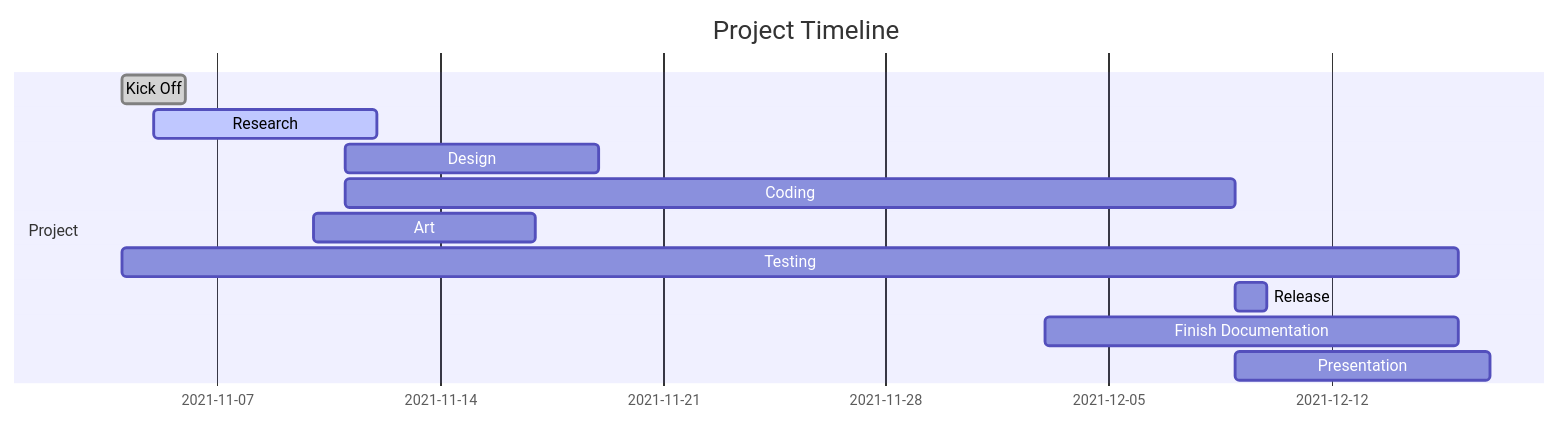
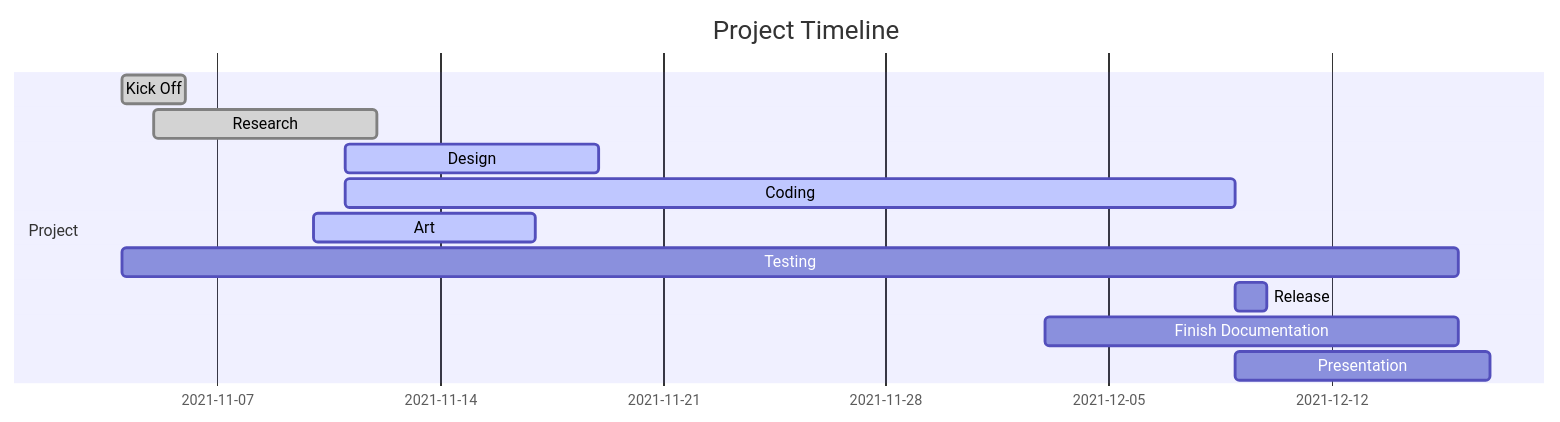
The first of 8 diagrams in docs/ProjectPlan.md (IlkkaTakala/Eril-Engine), drawn with Mermaid before and after one commit. The commit also changed other lines of this file, not shown here.

Commit message:
Updated timelines

````diff
--- a/docs/ProjectPlan.md
+++ b/docs/ProjectPlan.md
@@ -47,16 +47,16 @@
 ```mermaid
 gantt
 dateFormat  DD-MM
 title Project Timeline
 
 section Project
 Kick Off                :done,    des1, 04-11, 2d
-Research                :active,  des2, 05-11, 12-11
-Design                  :         des3, 11-11, 19-11
-Coding                  :         des4, 11-11, 09-12
-Art                     :         des4, 10-11, 17-11
+Research                :done,    des2, 05-11, 12-11
+Design                  :active,  des3, 11-11, 19-11
+Coding                  :active,  des4, 11-11, 09-12
+Art                     :active,  des4, 10-11, 17-11
 Testing                 :         des4, 04-11, 16-12
 Release                 :         des4, 09-12, 10-12
 Finish Documentation    :         des4, 03-12, 16-12
 Presentation            :         des4, 09-12, 17-12
 ```
````
